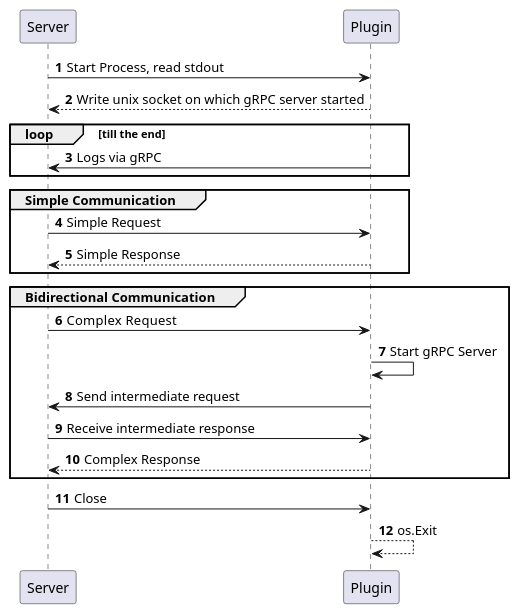
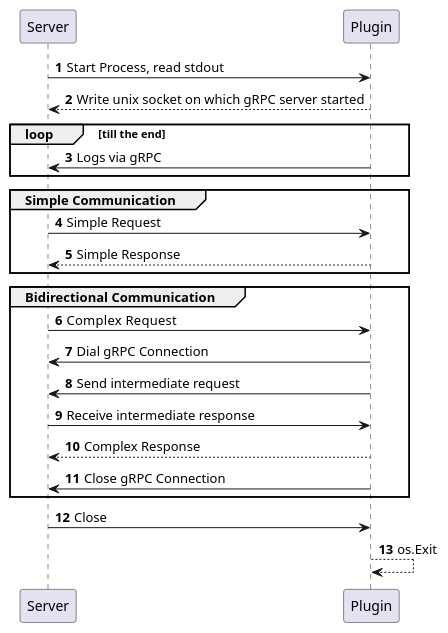
Before and after one commit to dgodyna/tt_plugins: the diagram in 3_go/5/biderectional.puml, drawn with PlantUML. The commit also changed 14 other files, not shown here.

```diff
--- a/3_go/5/biderectional.puml
+++ b/3_go/5/biderectional.puml
@@ -1,29 +1,30 @@
 @startuml
 
 autonumber
 
 Server -> Plugin: Start Process, read stdout
 Plugin --> Server: Write unix socket on which gRPC server started
 
 loop till the end
 Plugin -> Server: Logs via gRPC
 end
 
 group Simple Communication
 Server -> Plugin: Simple Request
 Plugin --> Server: Simple Response
 end
 
 group Bidirectional Communication
 Server -> Plugin: Complex  Request
-Plugin -> Plugin: Start gRPC Server
+Plugin -> Server: Dial gRPC Connection
 Plugin -> Server: Send intermediate request
 Server -> Plugin: Receive intermediate response
 Plugin --> Server: Complex Response
+Plugin -> Server: Close gRPC Connection
 end
 
 
 Server -> Plugin: Close
 Plugin --> Plugin: os.Exit
 
 @enduml
```
